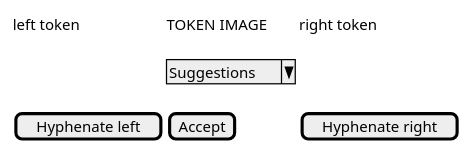
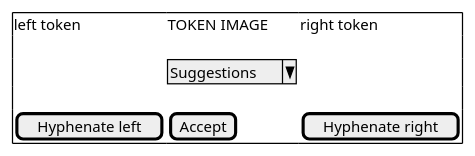
The diagram in docs/CorrectOCR.server.gui.puml (CopenhagenCityArchives/CorrectOCR), drawn with PlantUML before and after one commit.

Commit message:
Documentation: Box around GUI wireframe

```diff
--- a/docs/CorrectOCR.server.gui.puml
+++ b/docs/CorrectOCR.server.gui.puml
@@ -1,11 +1,11 @@
 @startsalt
 {
-	{
+	{+
 		left token | TOKEN IMAGE | right token
 		.
 		. | ^Suggestions^ | .
 		.
 		[Hyphenate left] | [Accept] | [Hyphenate right]
 	}
 }
 @endsalt
```
